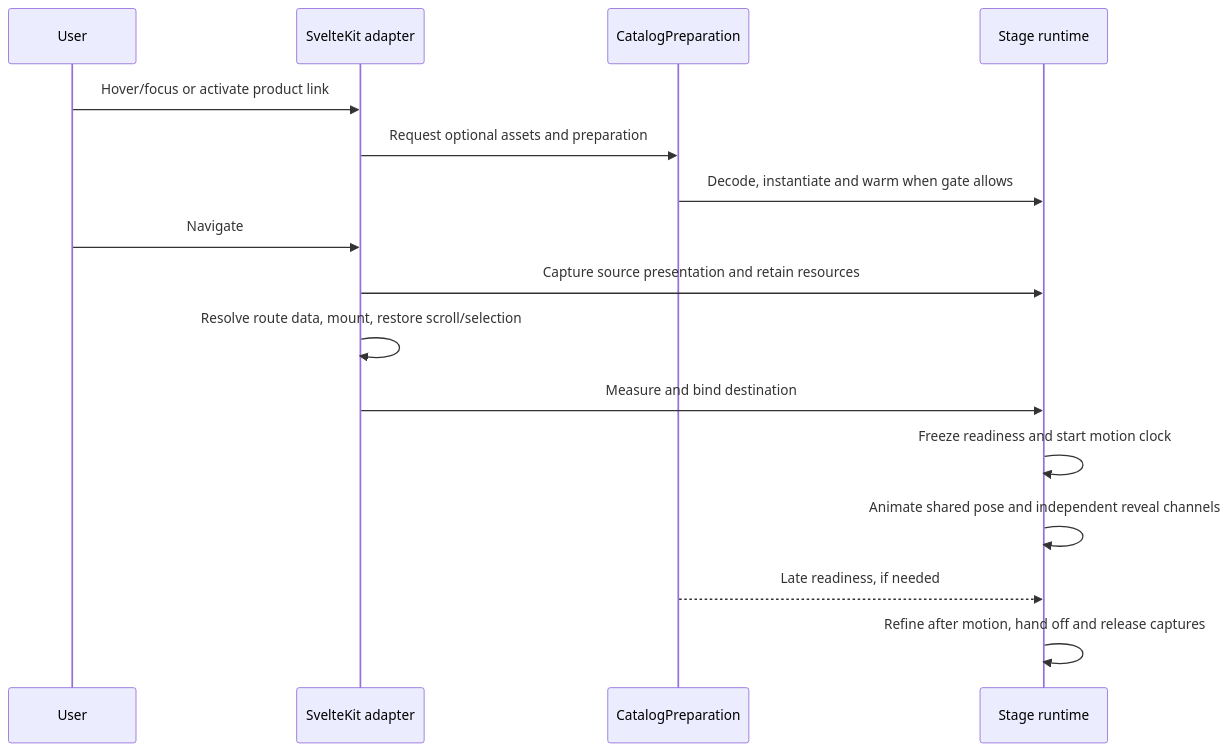
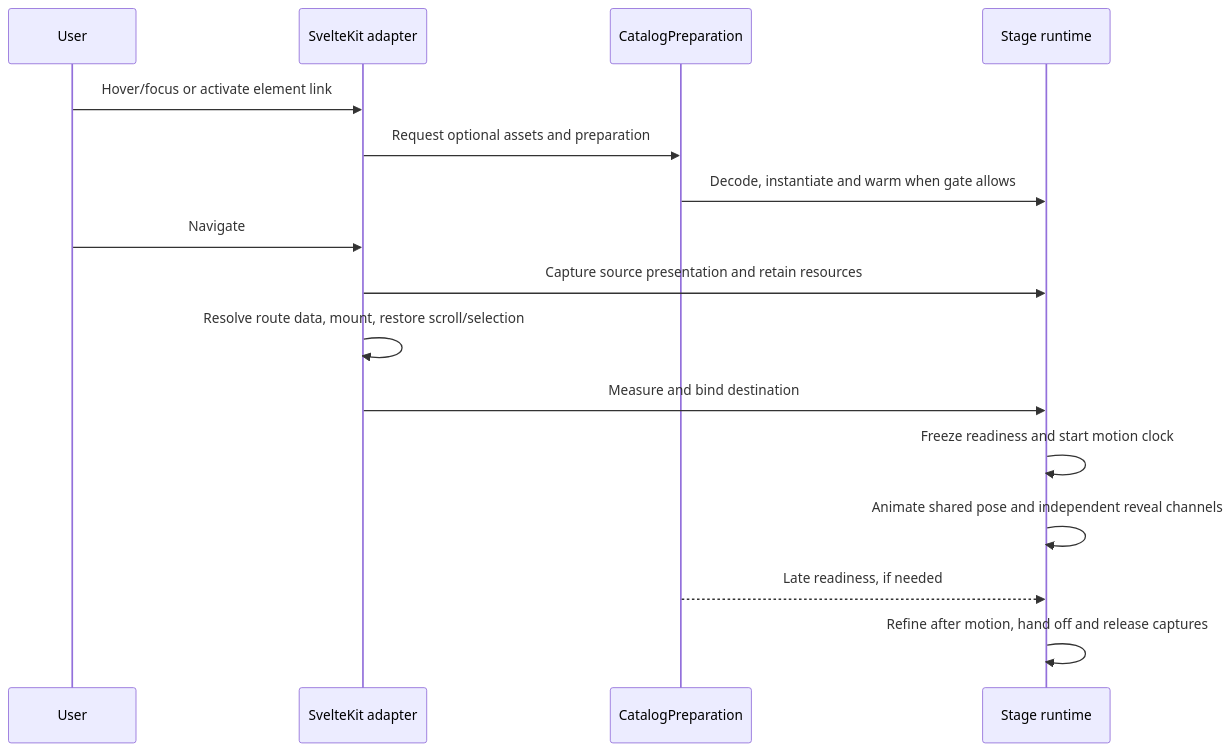
One commit to LauridBergjohann/spatial-elements changed the diagram in docs/architecture/runtime.md. Above: the diagram before and after it, drawn with Mermaid. The commit also changed other lines of this file and 166 other files, not shown here.

```diff
--- a/docs/architecture/runtime.md
+++ b/docs/architecture/runtime.md
@@ -5,18 +5,18 @@
 ~~~mermaid
 sequenceDiagram
   participant User
   participant Adapter as SvelteKit adapter
   participant Prepare as CatalogPreparation
   participant Runtime as Stage runtime
-  User->>Adapter: Hover/focus or activate product link
+  User->>Adapter: Hover/focus or activate element link
   Adapter->>Prepare: Request optional assets and preparation
   Prepare->>Runtime: Decode, instantiate and warm when gate allows
   User->>Adapter: Navigate
   Adapter->>Runtime: Capture source presentation and retain resources
   Adapter->>Adapter: Resolve route data, mount, restore scroll/selection
   Adapter->>Runtime: Measure and bind destination
   Runtime->>Runtime: Freeze readiness and start motion clock
   Runtime->>Runtime: Animate shared pose and independent reveal channels
   Prepare-->>Runtime: Late readiness, if needed
   Runtime->>Runtime: Refine after motion, hand off and release captures
 ~~~
```
